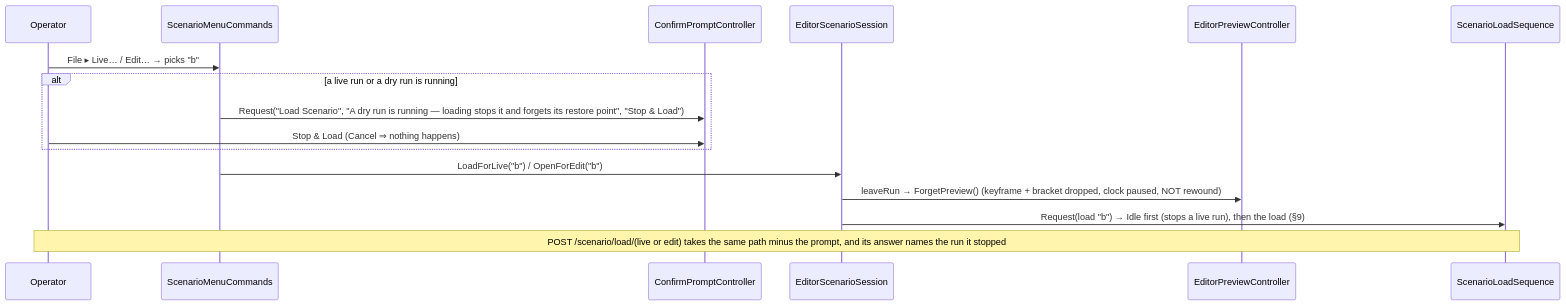
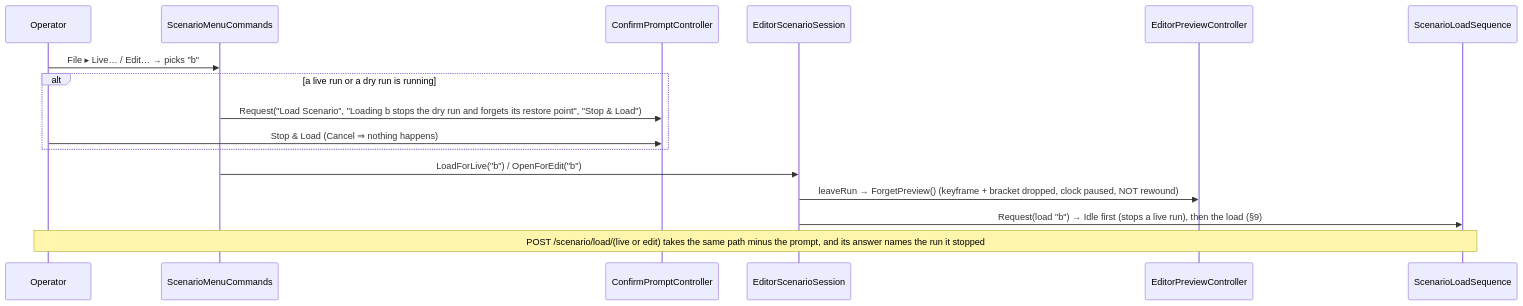
One commit to pjanec/HROT changed diagram 15 of 17 in docs/DESIGN_Cluster_Load_Phase.md. Above: the diagram before and after it, drawn with Mermaid. The commit also changed other lines of this file and 2 other files, not shown here.

First line of the commit message:
CE-1025: the editor's dry run wins the name; only a dry run's prompt names a restore point; as-built in §9.1

````diff
--- a/docs/DESIGN_Cluster_Load_Phase.md
+++ b/docs/DESIGN_Cluster_Load_Phase.md
@@ -1066,18 +1066,18 @@
 ```mermaid
 sequenceDiagram
   participant U as Operator
   participant M as ScenarioMenuCommands
   participant G as ConfirmPromptController
   participant S as EditorScenarioSession
   participant P as EditorPreviewController
   participant Q as ScenarioLoadSequence
   U->>M: File ▸ Live… / Edit… → picks "b"
   alt a live run or a dry run is running
-    M->>G: Request("Load Scenario", "A dry run is running — loading stops it and forgets its restore point", "Stop & Load")
+    M->>G: Request("Load Scenario", "Loading b stops the dry run and forgets its restore point", "Stop & Load")
     U->>G: Stop & Load (Cancel ⇒ nothing happens)
   end
   M->>S: LoadForLive("b") / OpenForEdit("b")
   S->>P: leaveRun → ForgetPreview() (keyframe + bracket dropped, clock paused, NOT rewound)
   S->>Q: Request(load "b") → Idle first (stops a live run), then the load (§9)
   Note over U,Q: POST /scenario/load/(live or edit) takes the same path minus the prompt, and its answer names the run it stopped
 ```
````
